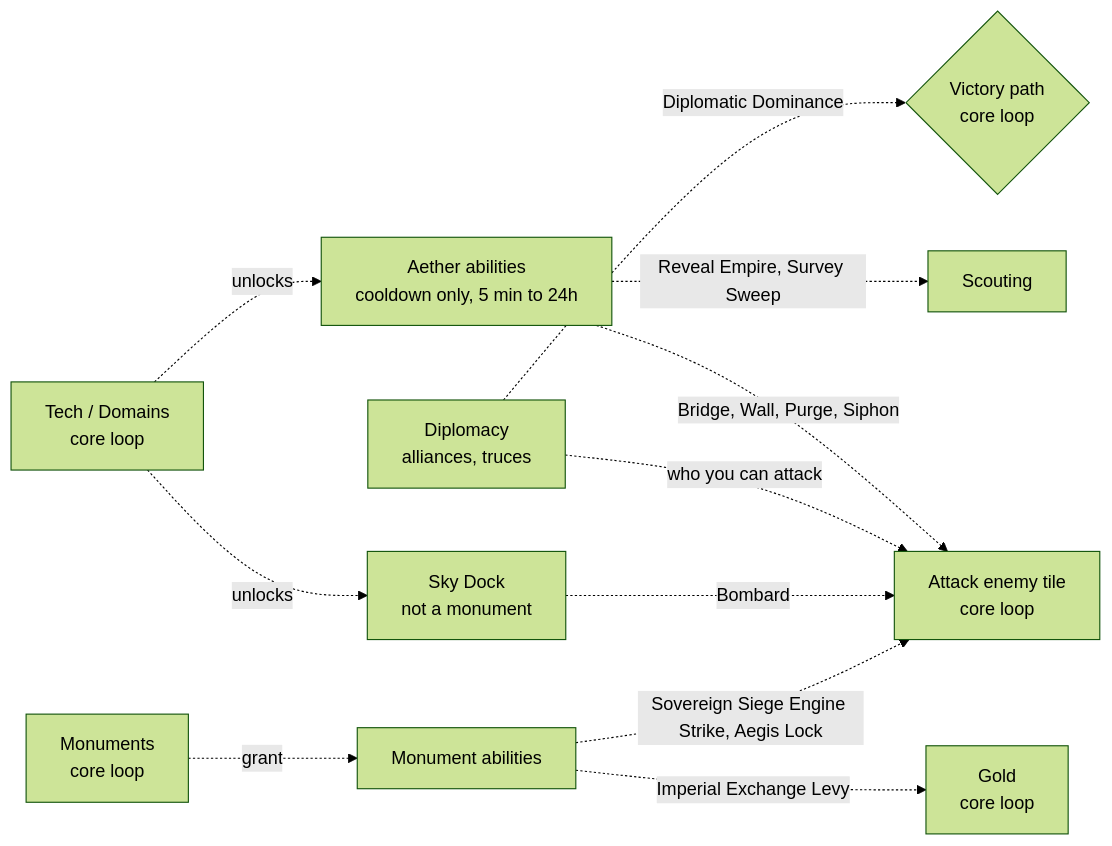
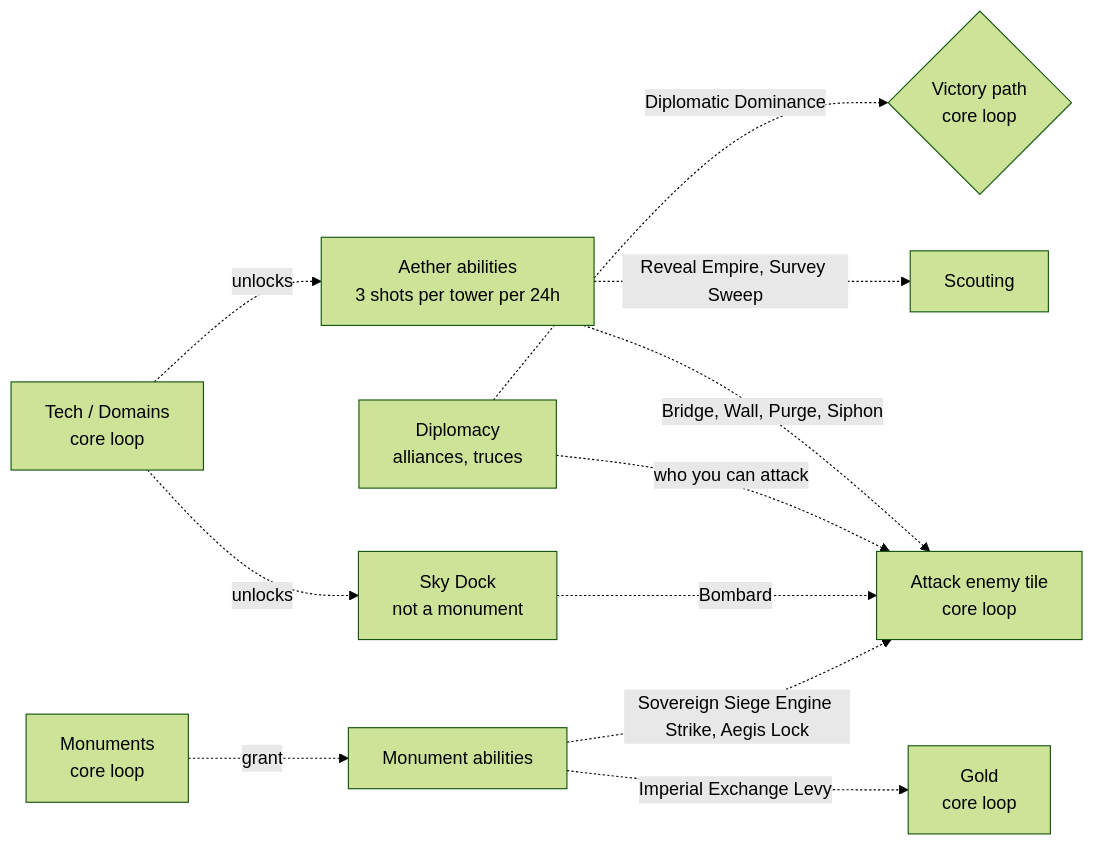
The third of 3 diagrams in docs/core-loop.md (BenjaminWaye/border-empires), drawn with Mermaid (forest theme) before and after one commit. The commit also changed other lines of this file and 49 other files, not shown here.

First line of the commit message:
Aether Towers fire 3 shots per 24h instead of per-ability cooldowns

````diff
--- a/docs/core-loop.md
+++ b/docs/core-loop.md
@@ -166,13 +166,13 @@
 ```mermaid
 flowchart LR
-    H[Tech / Domains<br/>core loop] -.->|unlocks| AB[Aether abilities<br/>cooldown only, 5 min to 24h]
+    H[Tech / Domains<br/>core loop] -.->|unlocks| AB[Aether abilities<br/>3 shots per tower per 24h]
     AB -.->|Bridge, Wall, Purge, Siphon| I[Attack enemy tile<br/>core loop]
     AB -.->|Reveal Empire, Survey Sweep| SC[Scouting]
     DP[Diplomacy<br/>alliances, truces] -.->|who you can attack| I
     DP -.->|Diplomatic Dominance| V{Victory path<br/>core loop}
     H -.->|unlocks| SD[Sky Dock<br/>not a monument]
     SD -.->|Bombard| I
     MON[Monuments<br/>core loop] -.->|grant| MA[Monument abilities]
     MA -.->|Sovereign Siege Engine Strike, Aegis Lock| I
     MA -.->|Imperial Exchange Levy| G[Gold<br/>core loop]
 ```
````
